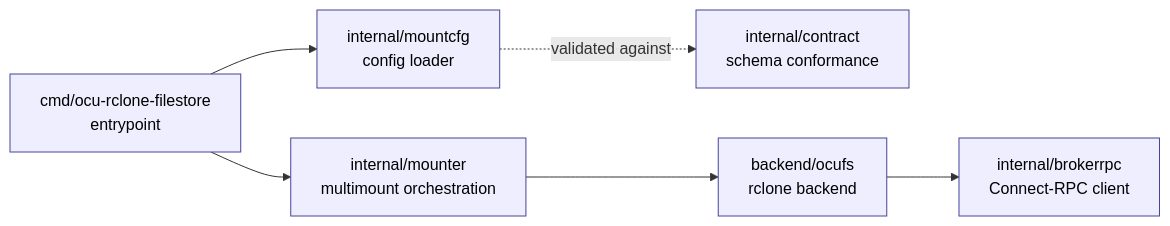
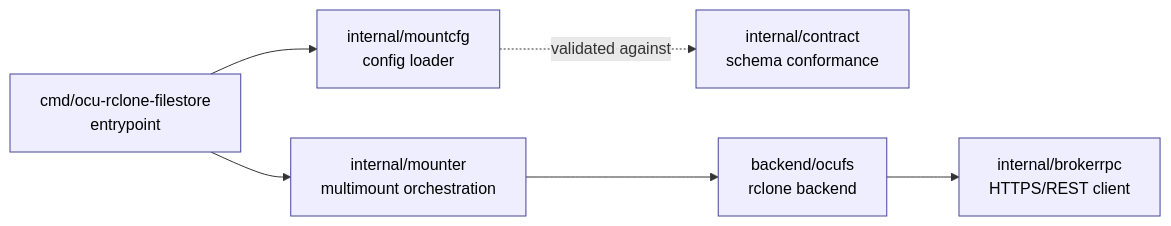
Before and after one commit to Wide-Moat/ocu-rclone-filestore: the fifth of 5 diagrams in docs/architecture.md, drawn with Mermaid. The commit also changed other lines of this file, not shown here.

First line of the commit message:
docs(G-01): rewrite architecture.md to the HTTPS/REST+JWT+Envoy model

````diff
--- a/docs/architecture.md
+++ b/docs/architecture.md
@@ -352,18 +381,18 @@
 ```mermaid
 flowchart LR
     cmd["cmd/ocu-rclone-filestore<br/>entrypoint"]
     cfg["internal/mountcfg<br/>config loader"]
     contract["internal/contract<br/>schema conformance"]
     mounter["internal/mounter<br/>multimount orchestration"]
     ocufs["backend/ocufs<br/>rclone backend"]
-    rpc["internal/brokerrpc<br/>Connect-RPC client"]
+    rpc["internal/brokerrpc<br/>HTTPS/REST client"]
 
     cmd --> cfg
     cmd --> mounter
     cfg -.validated against.-> contract
     mounter --> ocufs
     ocufs --> rpc
 
     classDef ours fill:#eef,stroke:#449,color:#000
     class cmd,cfg,contract,mounter,ocufs,rpc ours
 ```
````
